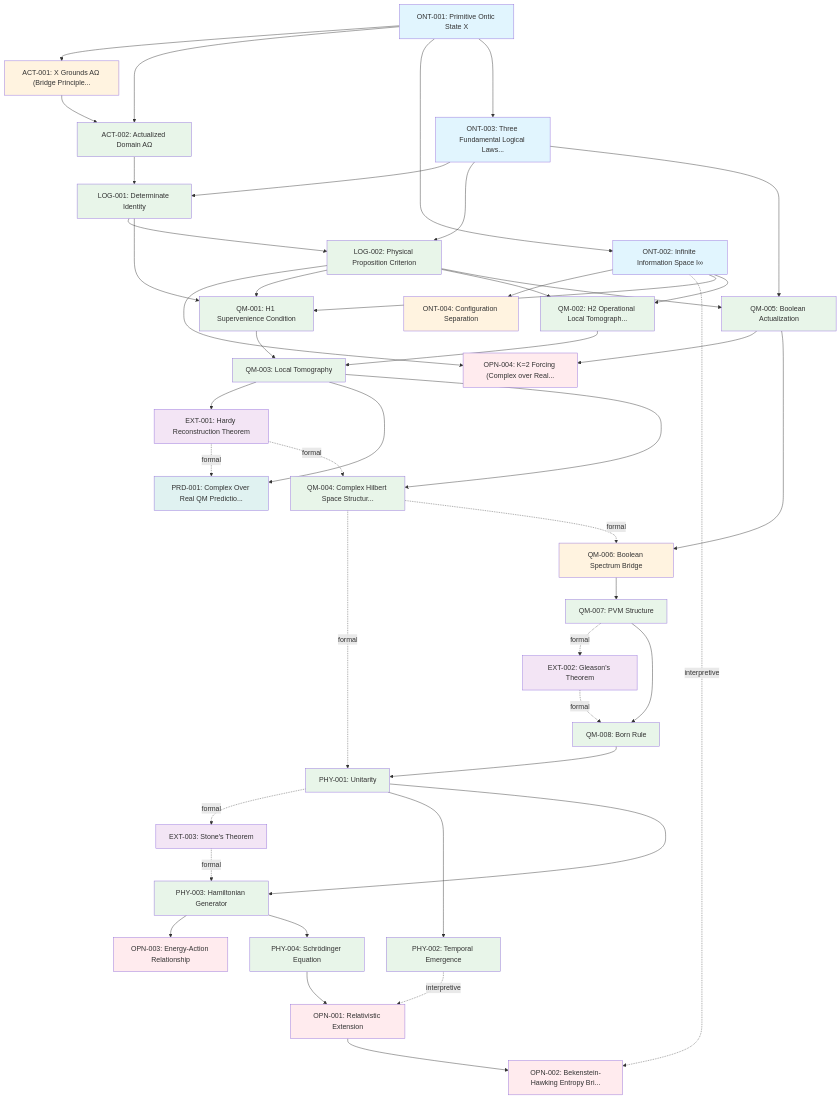
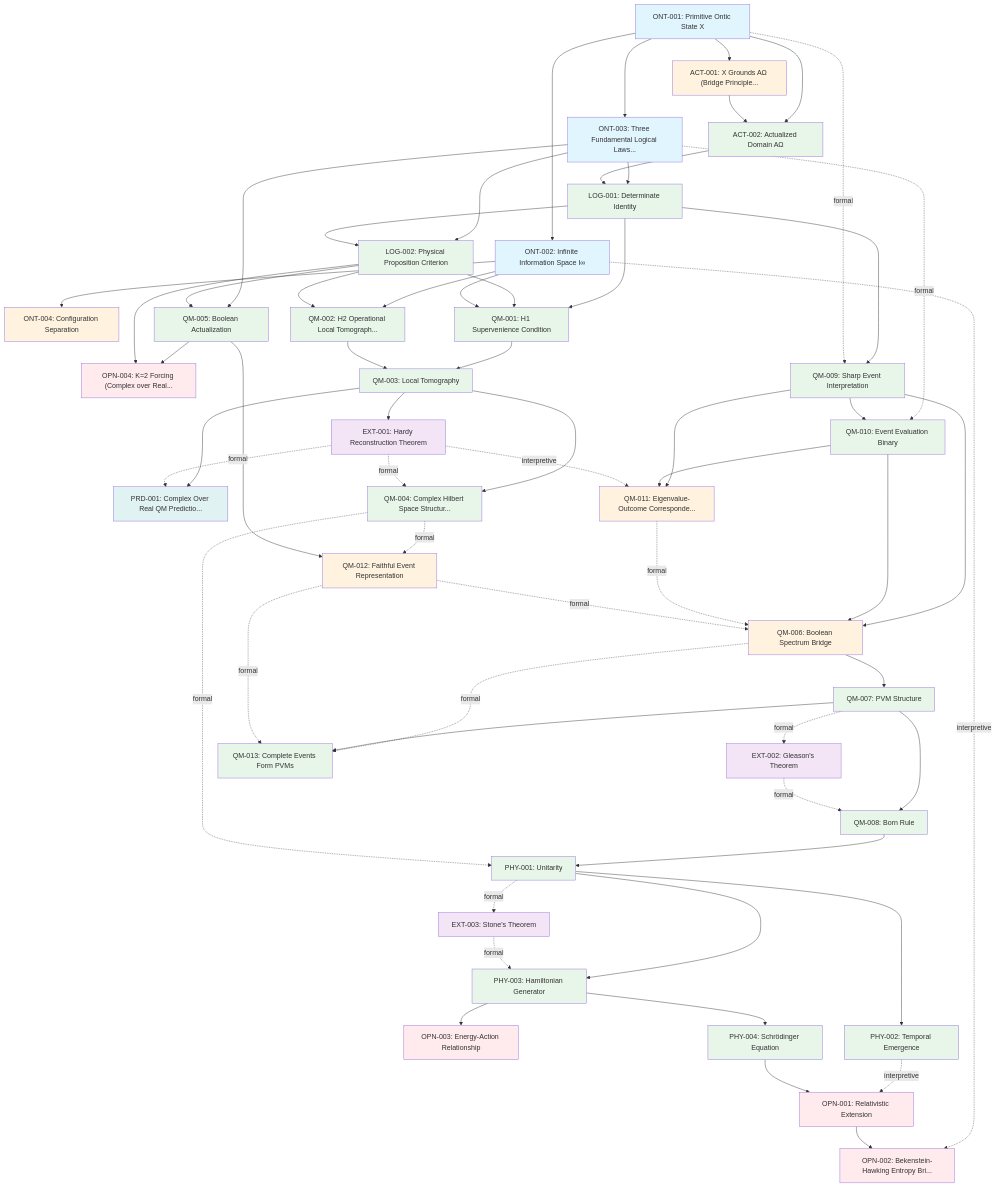
Before and after one commit to jdlongmire/logic-realism-theory: the diagram in traceability/generated/dependency-graph.mmd, drawn with Mermaid. The commit also changed 13 other files, not shown here.

```diff
--- a/traceability/generated/dependency-graph.mmd
+++ b/traceability/generated/dependency-graph.mmd
@@ -1,107 +1,131 @@
 graph TD
     classDef primitive fill:#e1f5fe
     classDef bridge fill:#fff3e0
     classDef derived fill:#e8f5e9
     classDef imported fill:#f3e5f5
     classDef open fill:#ffebee
     classDef prediction fill:#e0f2f1
     ACT-001["ACT-001: X Grounds AΩ (Bridge Principle..."]
     ACT-002["ACT-002: Actualized Domain AΩ"]
     EXT-001["EXT-001: Hardy Reconstruction Theorem"]
     EXT-002["EXT-002: Gleason's Theorem"]
     EXT-003["EXT-003: Stone's Theorem"]
     LOG-001["LOG-001: Determinate Identity"]
     LOG-002["LOG-002: Physical Proposition Criterion"]
     ONT-001["ONT-001: Primitive Ontic State X"]
     ONT-002["ONT-002: Infinite Information Space I∞"]
     ONT-003["ONT-003: Three Fundamental Logical Laws..."]
     ONT-004["ONT-004: Configuration Separation"]
     OPN-001["OPN-001: Relativistic Extension"]
     OPN-002["OPN-002: Bekenstein-Hawking Entropy Bri..."]
     OPN-003["OPN-003: Energy-Action Relationship"]
     OPN-004["OPN-004: K=2 Forcing (Complex over Real..."]
     PHY-001["PHY-001: Unitarity"]
     PHY-002["PHY-002: Temporal Emergence"]
     PHY-003["PHY-003: Hamiltonian Generator"]
     PHY-004["PHY-004: Schrödinger Equation"]
     PRD-001["PRD-001: Complex Over Real QM Predictio..."]
     QM-001["QM-001: H1 Supervenience Condition"]
     QM-002["QM-002: H2 Operational Local Tomograph..."]
     QM-003["QM-003: Local Tomography"]
     QM-004["QM-004: Complex Hilbert Space Structur..."]
     QM-005["QM-005: Boolean Actualization"]
     QM-006["QM-006: Boolean Spectrum Bridge"]
     QM-007["QM-007: PVM Structure"]
     QM-008["QM-008: Born Rule"]
+    QM-009["QM-009: Sharp Event Interpretation"]
+    QM-010["QM-010: Event Evaluation Binary"]
+    QM-011["QM-011: Eigenvalue-Outcome Corresponde..."]
+    QM-012["QM-012: Faithful Event Representation"]
+    QM-013["QM-013: Complete Events Form PVMs"]
     ONT-001 --> ACT-001
     ONT-001 --> ACT-002
     ACT-001 --> ACT-002
     QM-003 --> EXT-001
     QM-007 -.->|formal| EXT-002
     PHY-001 -.->|formal| EXT-003
     ONT-003 --> LOG-001
     ACT-002 --> LOG-001
     ONT-003 --> LOG-002
     LOG-001 --> LOG-002
     ONT-001 --> ONT-002
     ONT-001 --> ONT-003
     ONT-002 --> ONT-004
     PHY-002 -.->|interpretive| OPN-001
     PHY-004 --> OPN-001
     ONT-002 -.->|interpretive| OPN-002
     OPN-001 --> OPN-002
     PHY-003 --> OPN-003
     QM-005 --> OPN-004
     LOG-002 --> OPN-004
     QM-008 --> PHY-001
     QM-004 -.->|formal| PHY-001
     PHY-001 --> PHY-002
     PHY-001 --> PHY-003
     EXT-003 -.->|formal| PHY-003
     PHY-003 --> PHY-004
     QM-003 --> PRD-001
     EXT-001 -.->|formal| PRD-001
     LOG-001 --> QM-001
     LOG-002 --> QM-001
     ONT-002 --> QM-001
     ONT-002 --> QM-002
     LOG-002 --> QM-002
     QM-001 --> QM-003
     QM-002 --> QM-003
     QM-003 --> QM-004
     EXT-001 -.->|formal| QM-004
     ONT-003 --> QM-005
     LOG-002 --> QM-005
-    QM-004 -.->|formal| QM-006
-    QM-005 --> QM-006
+    QM-009 --> QM-006
+    QM-010 --> QM-006
+    QM-011 -.->|formal| QM-006
+    QM-012 -.->|formal| QM-006
     QM-006 --> QM-007
     QM-007 --> QM-008
     EXT-002 -.->|formal| QM-008
+    LOG-001 --> QM-009
+    ONT-001 -.->|formal| QM-009
+    ONT-003 -.->|formal| QM-010
+    QM-009 --> QM-010
+    QM-009 --> QM-011
+    QM-010 --> QM-011
+    EXT-001 -.->|interpretive| QM-011
+    QM-004 -.->|formal| QM-012
+    QM-005 --> QM-012
+    QM-006 -.->|formal| QM-013
+    QM-007 --> QM-013
+    QM-012 -.->|formal| QM-013
     class ACT-001 bridge
     class ACT-002 derived
     class EXT-001 imported
     class EXT-002 imported
     class EXT-003 imported
     class LOG-001 derived
     class LOG-002 derived
     class ONT-001 primitive
     class ONT-002 primitive
     class ONT-003 primitive
     class ONT-004 bridge
     class OPN-001 open
     class OPN-002 open
     class OPN-003 open
     class OPN-004 open
     class PHY-001 derived
     class PHY-002 derived
     class PHY-003 derived
     class PHY-004 derived
     class PRD-001 prediction
     class QM-001 derived
     class QM-002 derived
     class QM-003 derived
     class QM-004 derived
     class QM-005 derived
     class QM-006 bridge
     class QM-007 derived
     class QM-008 derived
+    class QM-009 derived
+    class QM-010 derived
+    class QM-011 bridge
+    class QM-012 bridge
+    class QM-013 derived
```
